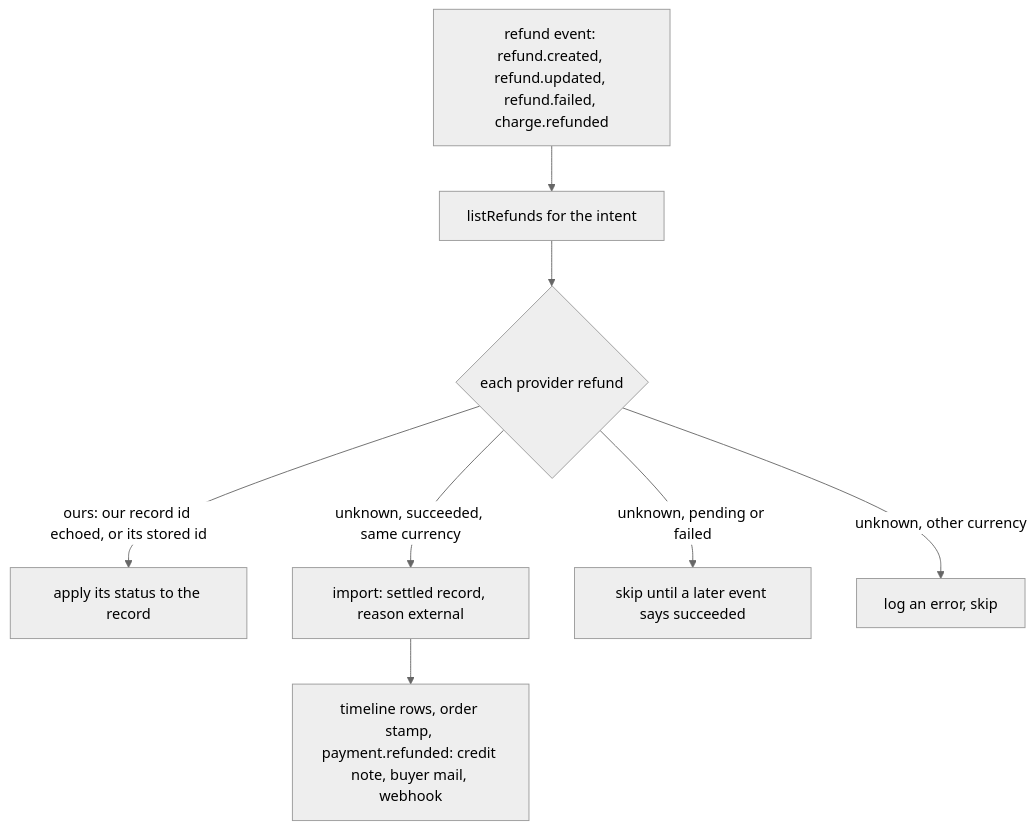
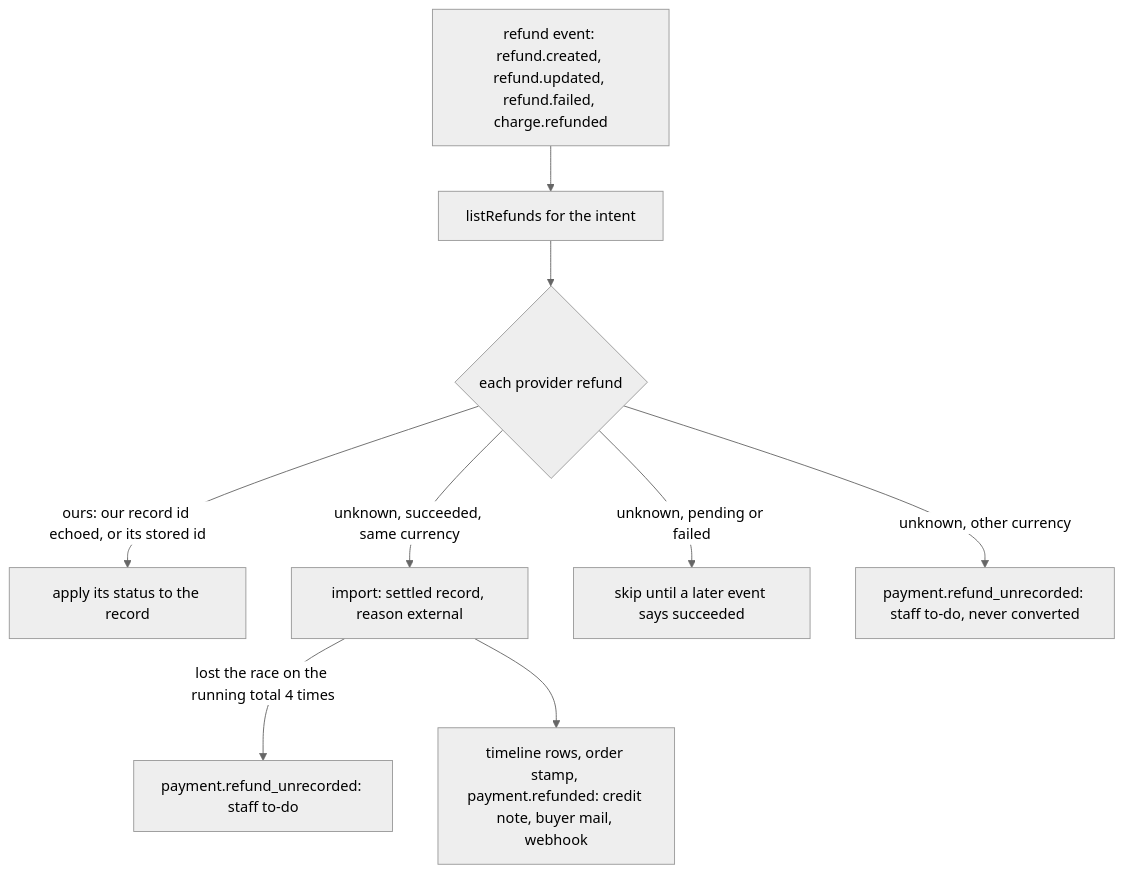
One commit to Guebbit/boilerplate-node-backend changed the sixth of 6 diagrams in docs/modules/payments-refunds.md. Above: the diagram before and after it, drawn with Mermaid (neutral theme). The commit also changed other lines of this file and 24 other files, not shown here.

First line of the commit message:
feat(payments): tell staff of a dashboard refund the import missed, and let them re-sync

````diff
--- a/docs/modules/payments-refunds.md
+++ b/docs/modules/payments-refunds.md
@@ -239,10 +239,11 @@
 ```mermaid
 flowchart TD
     E[refund event: refund.created, refund.updated, refund.failed, charge.refunded] --> L[listRefunds for the intent]
     L --> W{each provider refund}
     W -->|ours: our record id echoed, or its stored id| A[apply its status to the record]
     W -->|unknown, succeeded, same currency| I[import: settled record, reason external]
     W -->|unknown, pending or failed| S[skip until a later event says succeeded]
-    W -->|unknown, other currency| X[log an error, skip]
+    W -->|unknown, other currency| X[payment.refund_unrecorded: staff to-do, never converted]
+    I -->|lost the race on the running total 4 times| X2[payment.refund_unrecorded: staff to-do]
     I --> F[timeline rows, order stamp, payment.refunded: credit note, buyer mail, webhook]
 ```
````
